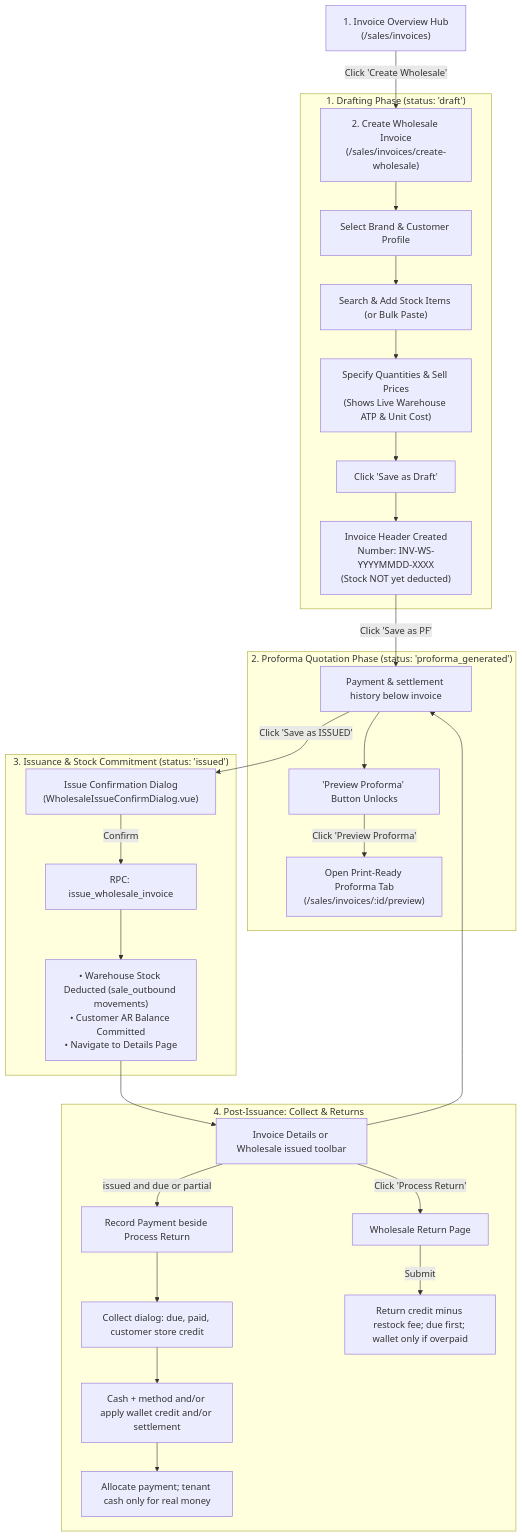
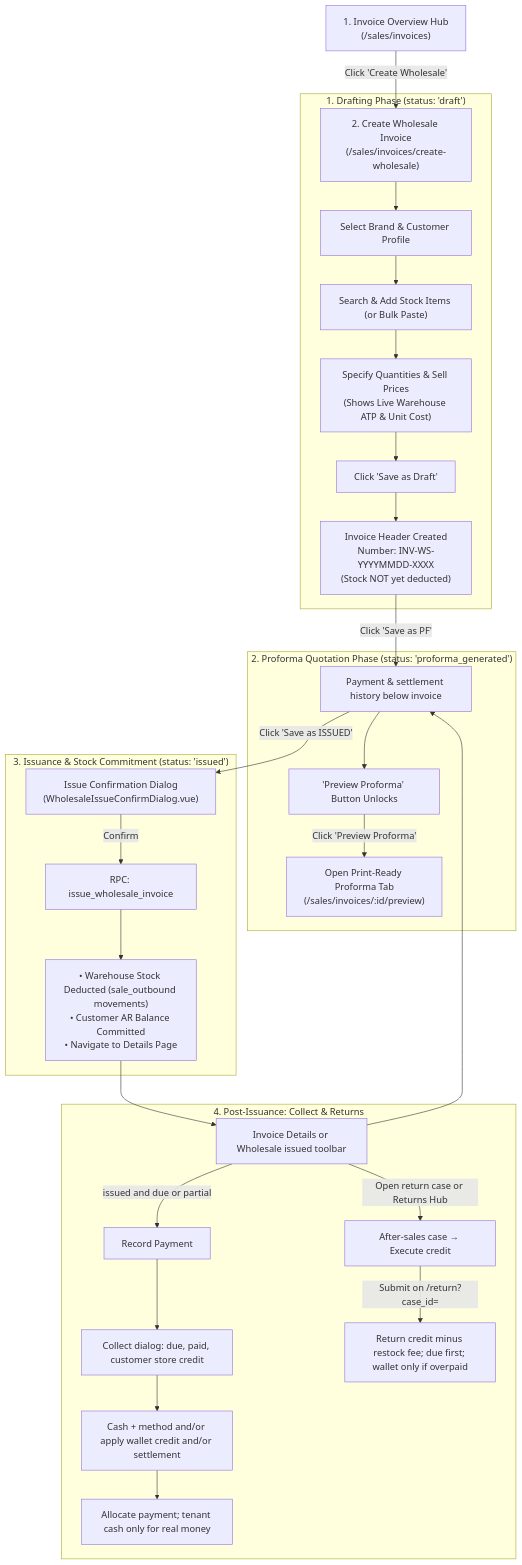
Before and after one commit to david-git-2/brandwala-wholesale-quasar-v2: the diagram in doc/sales_invoice/UI_FLOW.md, drawn with Mermaid. The commit also changed other lines of this file and 21 other files, not shown here.

````diff
--- a/doc/sales_invoice/UI_FLOW.md
+++ b/doc/sales_invoice/UI_FLOW.md
@@ -9,35 +9,35 @@
 ```mermaid
 flowchart TD
     A["1. Invoice Overview Hub\n(/sales/invoices)"] -->|Click 'Create Wholesale'| B["2. Create Wholesale Invoice\n(/sales/invoices/create-wholesale)"]
     
     subgraph Step1 ["1. Drafting Phase (status: 'draft')"]
         B --> C["Select Brand & Customer Profile"]
         C --> D["Search & Add Stock Items (or Bulk Paste)"]
         D --> E["Specify Quantities & Sell Prices\n(Shows Live Warehouse ATP & Unit Cost)"]
         E --> F["Click 'Save as Draft'"]
         F --> G["Invoice Header Created\nNumber: INV-WS-YYYYMMDD-XXXX\n(Stock NOT yet deducted)"]
     end
     
     subgraph Step2 ["2. Proforma Quotation Phase (status: 'proforma_generated')"]
         G -->|Click 'Save as PF'| H["Status updated to Proforma"]
         H --> I["'Preview Proforma' Button Unlocks"]
         I -->|Click 'Preview Proforma'| J["Open Print-Ready Proforma Tab\n(/sales/invoices/:id/preview)"]
     end
     
     subgraph Step3 ["3. Issuance & Stock Commitment (status: 'issued')"]
         H -->|Click 'Save as ISSUED'| K["Issue Confirmation Dialog\n(WholesaleIssueConfirmDialog.vue)"]
         K -->|Confirm| L["RPC: issue_wholesale_invoice"]
         L --> M["• Warehouse Stock Deducted (sale_outbound movements)\n• Customer AR Balance Committed\n• Navigate to Details Page"]
     end
     
     subgraph Step4 ["4. Post-Issuance: Collect & Returns"]
         M --> N["Invoice Details or Wholesale issued toolbar"]
-        N -->|issued and due or partial| O["Record Payment beside Process Return"]
+        N -->|issued and due or partial| O["Record Payment"]
         O --> O1["Collect dialog: due, paid, customer store credit"]
         O1 --> O2["Cash + method and/or apply wallet credit and/or settlement"]
         O2 --> O3["Allocate payment; tenant cash only for real money"]
-        N -->|Click 'Process Return'| P["Wholesale Return Page"]
-        P -->|Submit| Q["Return credit minus restock fee; due first; wallet only if overpaid"]
+        N -->|Open return case or Returns Hub| P["After-sales case → Execute credit"]
+        P -->|Submit on /return?case_id=| Q["Return credit minus restock fee; due first; wallet only if overpaid"]
         N --> H["Payment & settlement history below invoice"]
     end
 ```
````
